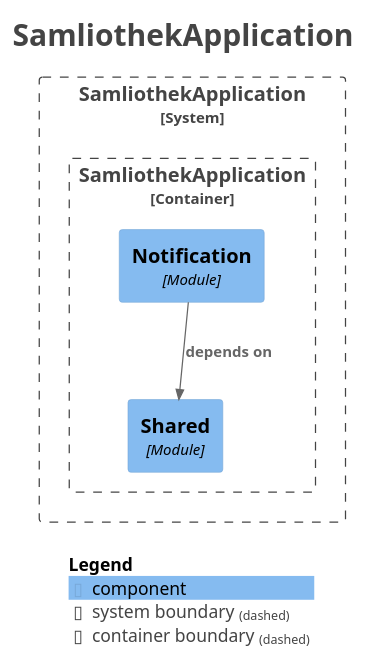
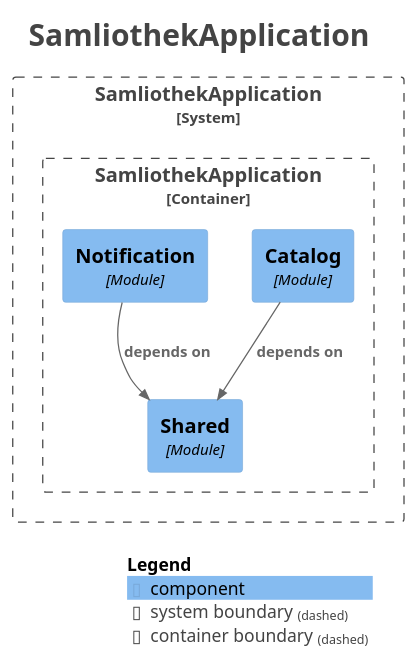
Before and after one commit to samin-z/samliothek: the diagram in docs/modulith/components.puml, drawn with PlantUML. The commit also changed 7 other files, not shown here.

```diff
--- a/docs/modulith/components.puml
+++ b/docs/modulith/components.puml
@@ -1,30 +1,32 @@
 @startuml
 title <size:24>SamliothekApplication</size>
 
 set separator none
 top to bottom direction
 
 <style>
   root {
     BackgroundColor: #ffffff
     FontColor: #444444
   }
 </style>
 
 !include <C4/C4>
 !include <C4/C4_Context>
 !include <C4/C4_Component>
 
 System_Boundary("SamliothekApplication_boundary", "SamliothekApplication", $tags="") {
   Container_Boundary("SamliothekApplication.SamliothekApplication_boundary", "SamliothekApplication", $tags="") {
     Component(SamliothekApplication.SamliothekApplication.Shared, "Shared", $techn="Module", $descr="", $tags="", $link="")
+    Component(SamliothekApplication.SamliothekApplication.Catalog, "Catalog", $techn="Module", $descr="", $tags="", $link="")
     Component(SamliothekApplication.SamliothekApplication.Notification, "Notification", $techn="Module", $descr="", $tags="", $link="")
   }
 
 }
 
+Rel(SamliothekApplication.SamliothekApplication.Catalog, SamliothekApplication.SamliothekApplication.Shared, "depends on", $techn="", $tags="", $link="")
 Rel(SamliothekApplication.SamliothekApplication.Notification, SamliothekApplication.SamliothekApplication.Shared, "depends on", $techn="", $tags="", $link="")
 
 SHOW_LEGEND(true)
 hide stereotypes
 @enduml
```
